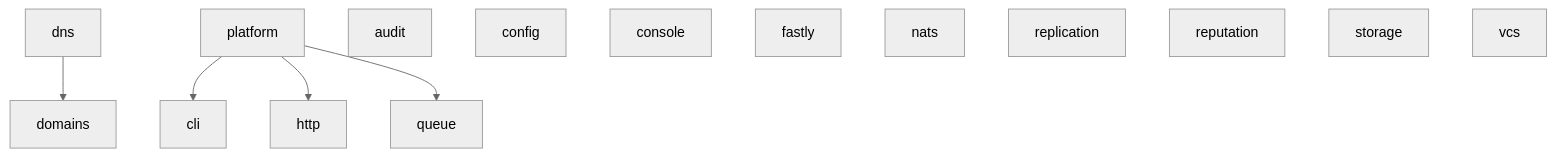
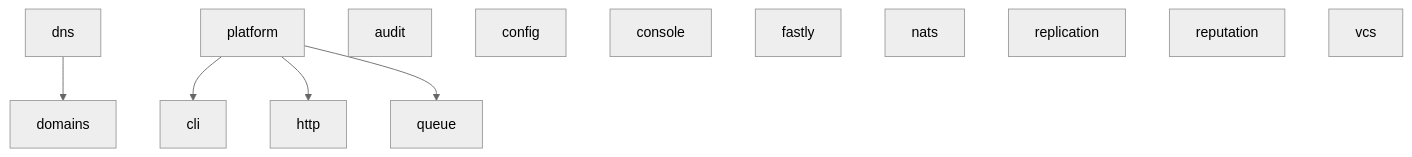
One commit to utopia-php/monorepo changed the diagram in README.md. Above: the diagram before and after it, drawn with Mermaid (neutral theme). The commit also changed other lines of this file and 60 other files, not shown here.

````diff
--- a/README.md
+++ b/README.md
@@ -52,16 +52,15 @@
 ```mermaid
 graph TD
     dns --> domains
     platform --> cli
     platform --> http
     platform --> queue
     audit
     config
     console
     fastly
     nats
     replication
     reputation
-    storage
     vcs
 ```
````
